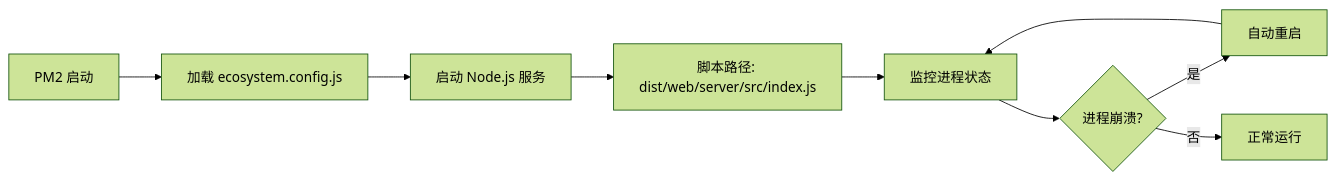
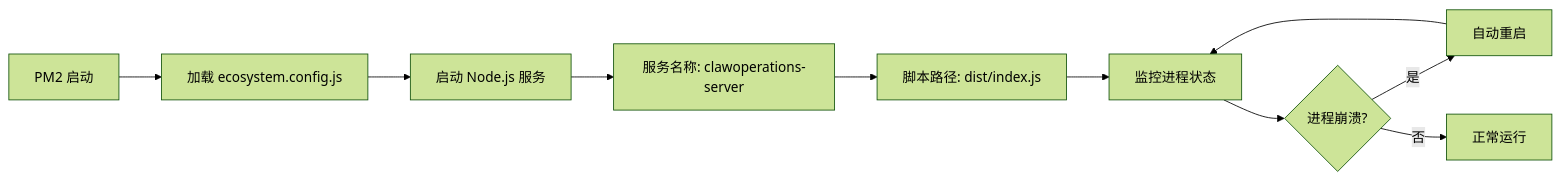
The sixth of 10 diagrams in .qoder/repowiki/zh/content/开发指南/部署基础设施.md (songdiyang/clawOperations), drawn with Mermaid (forest theme) before and after one commit. The commit also changed other lines of this file and 5 other files, not shown here.

````diff
--- a/.qoder/repowiki/zh/content/开发指南/部署基础设施.md
+++ b/.qoder/repowiki/zh/content/开发指南/部署基础设施.md
@@ -235,11 +236,12 @@
 ```mermaid
 flowchart LR
 A[PM2 启动] --> B[加载 ecosystem.config.js]
 B --> C[启动 Node.js 服务]
-C --> D[脚本路径: dist/web/server/src/index.js]
-D --> E[监控进程状态]
-E --> F{进程崩溃?}
-F --> |是| G[自动重启]
-F --> |否| H[正常运行]
-G --> E
+C --> D[服务名称: clawoperations-server]
+D --> E[脚本路径: dist/index.js]
+E --> F[监控进程状态]
+F --> G{进程崩溃?}
+G --> |是| H[自动重启]
+G --> |否| I[正常运行]
+H --> F
 ```
````
